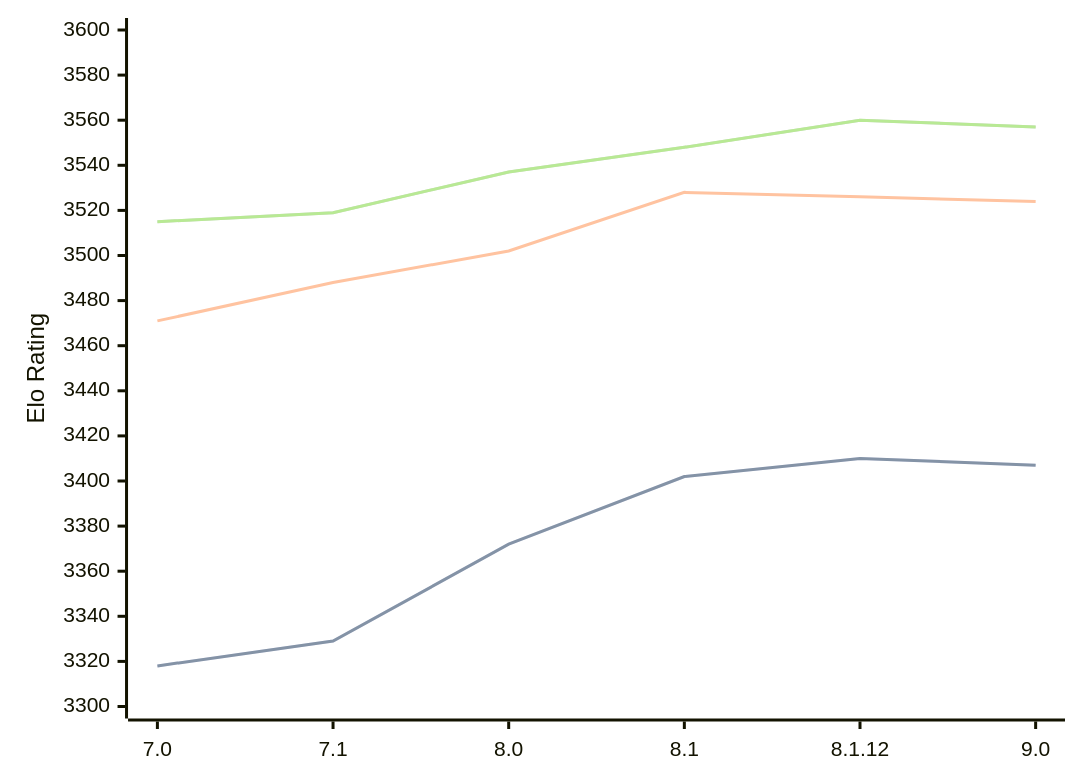
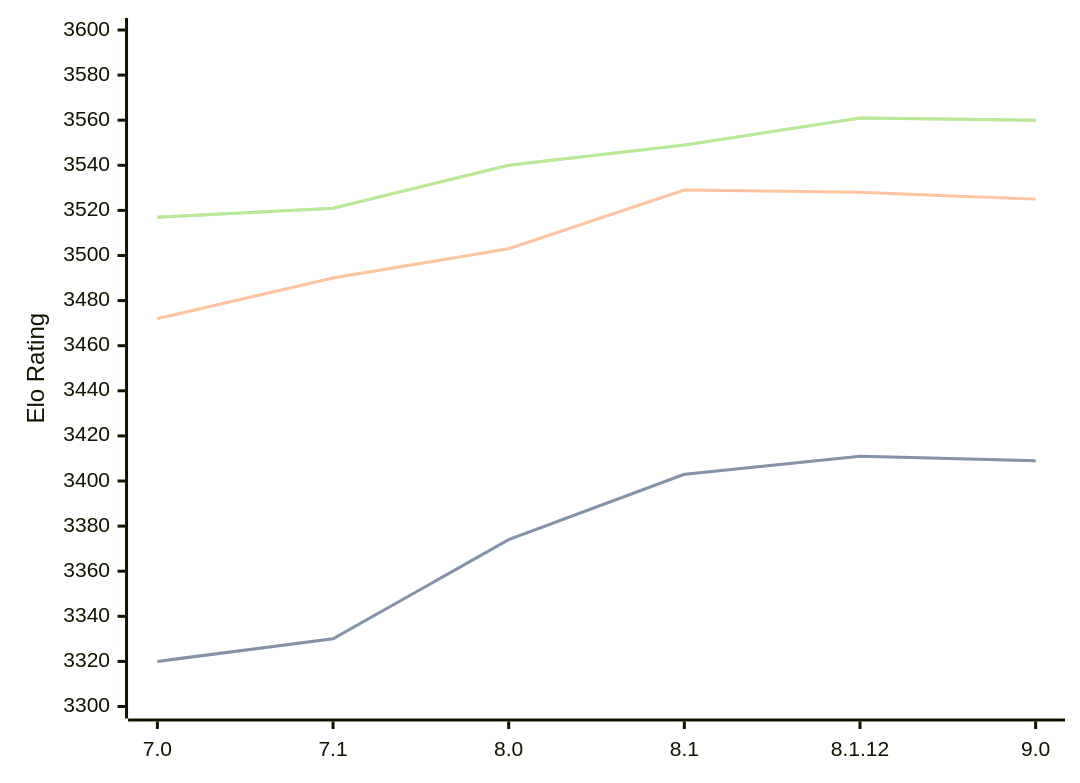
One commit to computer-chess-index/cci changed the diagram in engines/Alexandria.md. Above: the diagram before and after it, drawn with Mermaid. The commit also changed other lines of this file, not shown here.

Commit message:
Update CCI Ratings (ELO VLTC) - 2026-06-11

````diff
--- a/engines/Alexandria.md
+++ b/engines/Alexandria.md
@@ -55,11 +55,11 @@
 ```mermaid
 %%{init: {"theme":"base","themeVariables":{"seriesColors:['#a3a3a3','#222221','#faa371']}}}%%
 xychart-beta
   x-axis ["7.0", "7.1", "8.0", "8.1", "8.1.12", "9.0"]
   y-axis "Elo Rating" 3300 --> 3600
-  line "STC (8.0+0.08s)" [3318, 3329, 3372, 3402, 3410, 3407]
-  line "STC (8.0+0.08s)" [3318, 3329, 3372, 3402, 3410, 3407]
-  line "LTC (60.0+0.60s)" [3471, 3488, 3502, 3528, 3526, 3524]
-  line "VLTC (2m24s+1.12s)" [3515, 3519, 3537, 3548, 3560, 3557]
-  line "VLTC (2m24s+1.12s)" [3515, 3519, 3537, 3548, 3560, 3557]
+  line "STC (8.0+0.08s)" [3320, 3330, 3374, 3403, 3411, 3409]
+  line "STC (8.0+0.08s)" [3320, 3330, 3374, 3403, 3411, 3409]
+  line "LTC (60.0+0.60s)" [3472, 3490, 3503, 3529, 3528, 3525]
+  line "VLTC (2m24s+1.12s)" [3517, 3521, 3540, 3549, 3561, 3560]
+  line "VLTC (2m24s+1.12s)" [3517, 3521, 3540, 3549, 3561, 3560]
 ```
````
